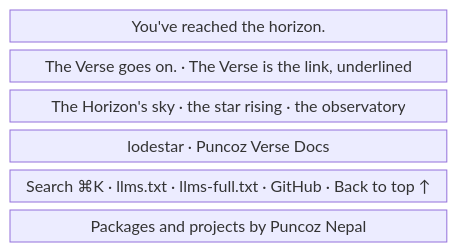
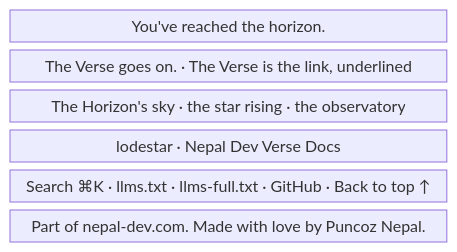
The second of 2 diagrams in content/docs/maintain/app-flow/horizon-closing-line.mdx (nepal-dev-com/docs.nepal-dev.com), drawn with Mermaid before and after one commit. The commit also changed 145 other files, not shown here.

Commit message:
nepal dev docs

````diff
--- a/content/docs/maintain/app-flow/horizon-closing-line.mdx
+++ b/content/docs/maintain/app-flow/horizon-closing-line.mdx
@@ -47,10 +47,10 @@
 ```mermaid
 block-beta
   columns 4
   closing["You've reached the horizon."]:4
   verse["The Verse goes on. · The Verse is the link, underlined"]:4
   scene["The Horizon's sky · the star rising · the observatory"]:4
-  planets["lodestar · Puncoz Verse Docs"]:4
+  planets["lodestar · Nepal Dev Verse Docs"]:4
   links["Search ⌘K · llms.txt · llms-full.txt · GitHub · Back to top ↑"]:4
-  credit["Packages and projects by Puncoz Nepal"]:4
+  credit["Part of nepal-dev.com. Made with love by Puncoz Nepal."]:4
 ```
````
